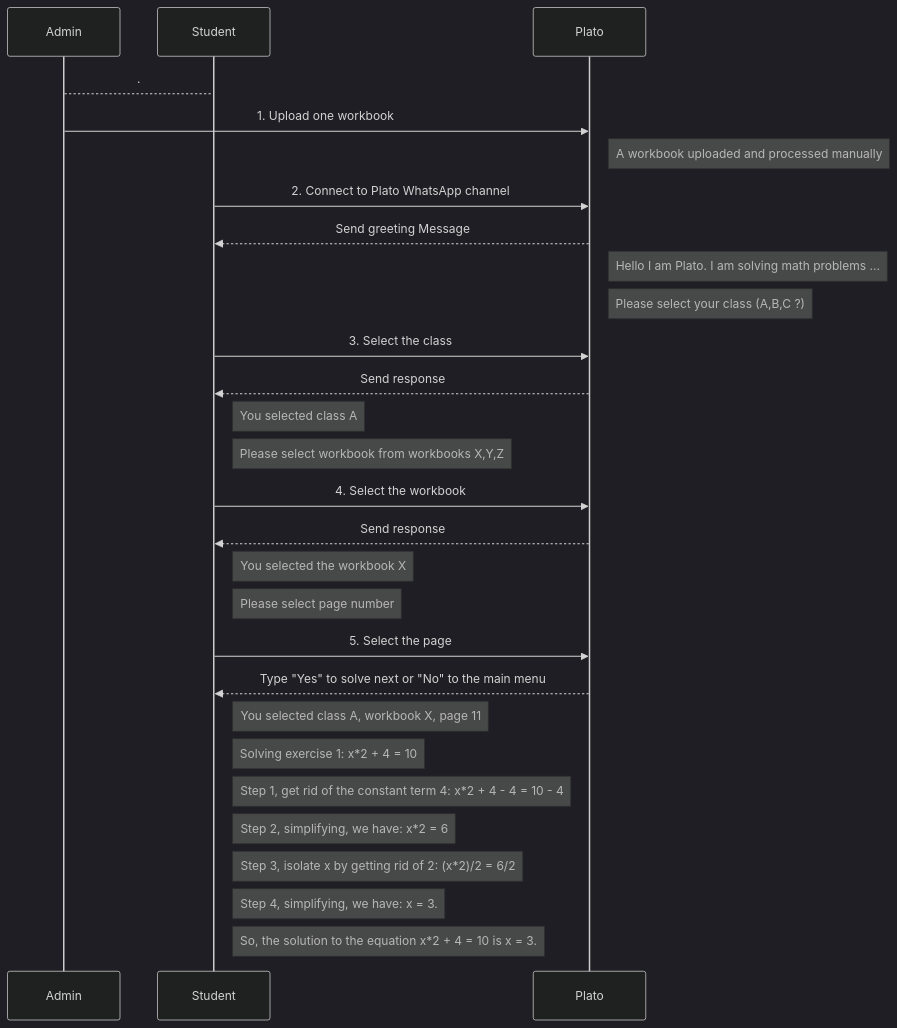
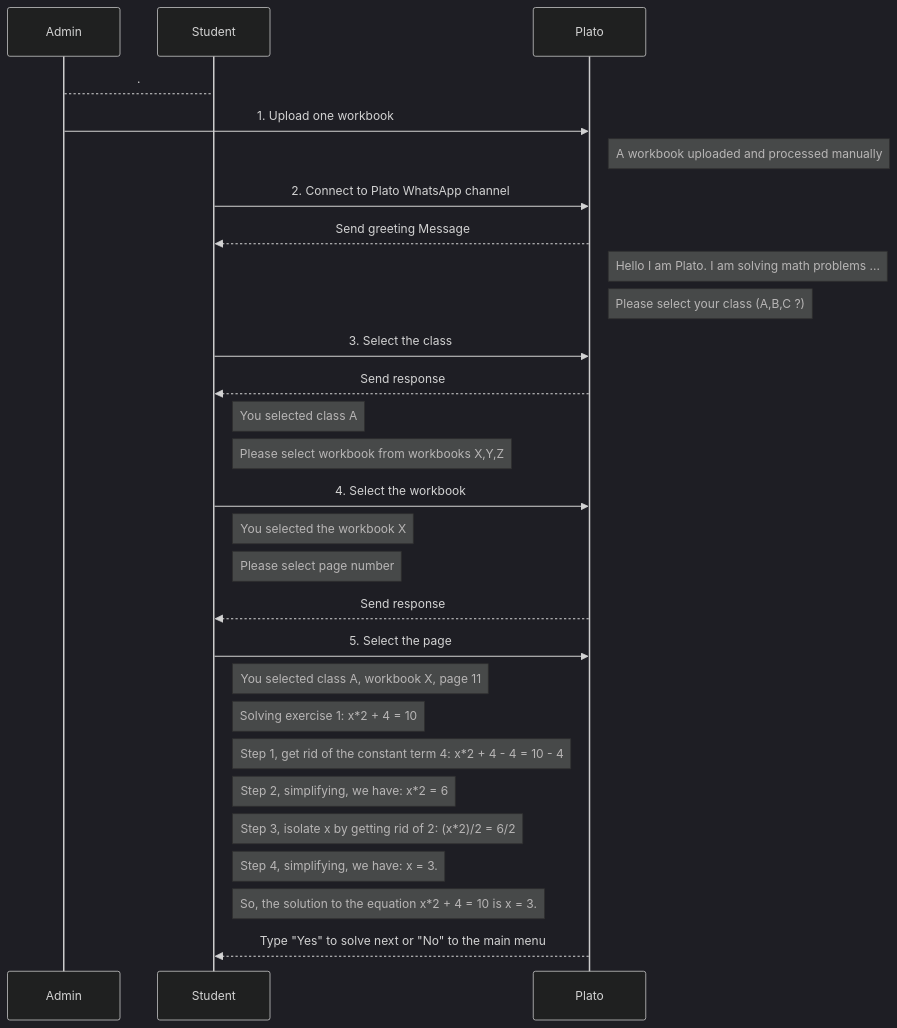
Before and after one commit to dimastatz/plato: the third of 3 diagrams in docs/design.md, drawn with Mermaid (dark theme). The commit also changed other lines of this file, not shown here.

````diff
--- a/docs/design.md
+++ b/docs/design.md
@@ -95,32 +95,32 @@
 ```mermaid
 sequenceDiagram
 Admin-->Student: .
 
 Admin->>Plato: 1. Upload one workbook
 Note right of Plato: A workbook uploaded and processed manually
 
 Student->>Plato: 2. Connect to Plato WhatsApp channel
 Plato-->>Student: Send greeting Message 
 Note right of Plato: Hello I am Plato. I am solving math problems ...
 Note right of Plato: Please select your class (A,B,C ?)
 
 Student->>Plato: 3. Select the class
 Plato-->>Student: Send response 
 Note right of Student: You selected class A
 Note right of Student: Please select workbook from workbooks X,Y,Z
 
 Student->>Plato: 4. Select the workbook
-Plato-->>Student: Send response 
 Note right of Student: You selected the workbook X
 Note right of Student: Please select page number
+Plato-->>Student: Send response 
 
 Student->>Plato: 5. Select the page
-Plato-->>Student: Type "Yes" to solve next or "No" to the main menu 
 Note right of Student: You selected class A, workbook X, page 11
 Note right of Student: Solving exercise 1: x*2 + 4 = 10
 Note right of Student: Step 1, get rid of the constant term 4: x*2 + 4 - 4 = 10 - 4
 Note right of Student: Step 2, simplifying, we have: x*2 = 6
 Note right of Student: Step 3, isolate x by getting rid of 2: (x*2)/2 = 6/2
 Note right of Student: Step 4, simplifying, we have: x = 3.
 Note right of Student: So, the solution to the equation x*2 + 4 = 10 is x = 3.
+Plato-->>Student: Type "Yes" to solve next or "No" to the main menu 
 ```
````
